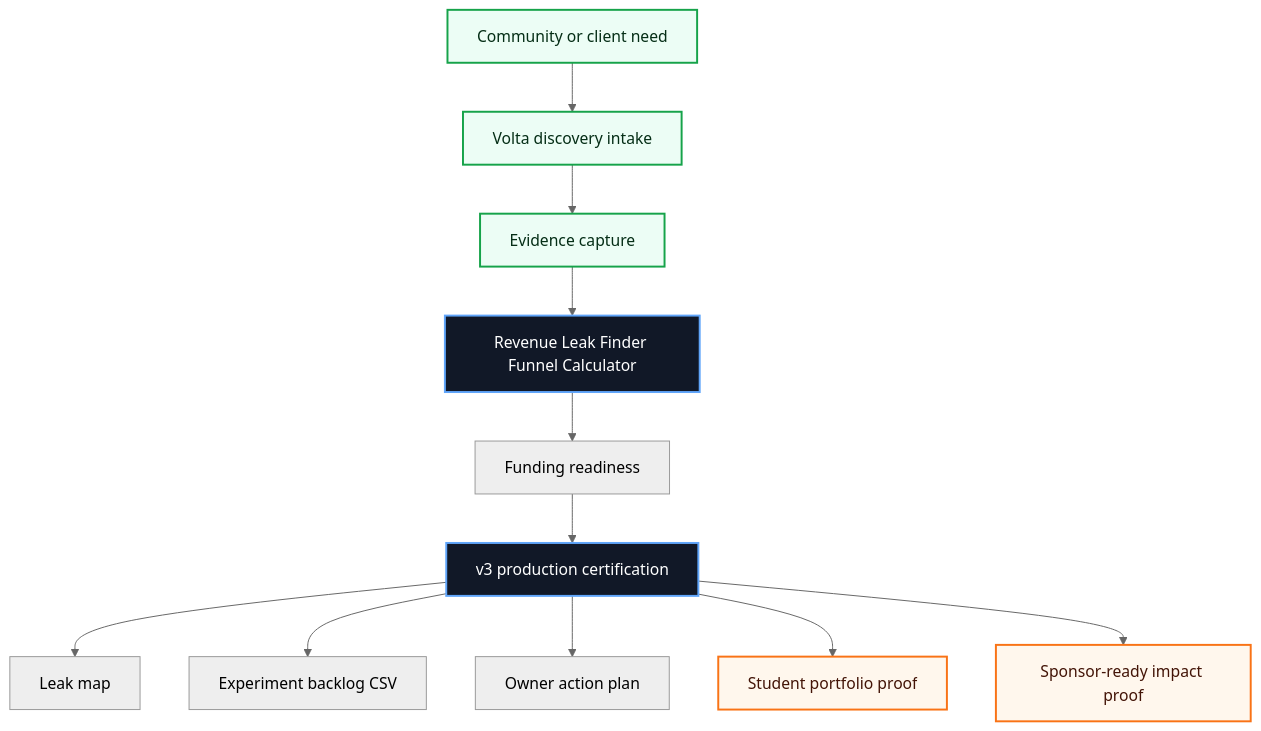
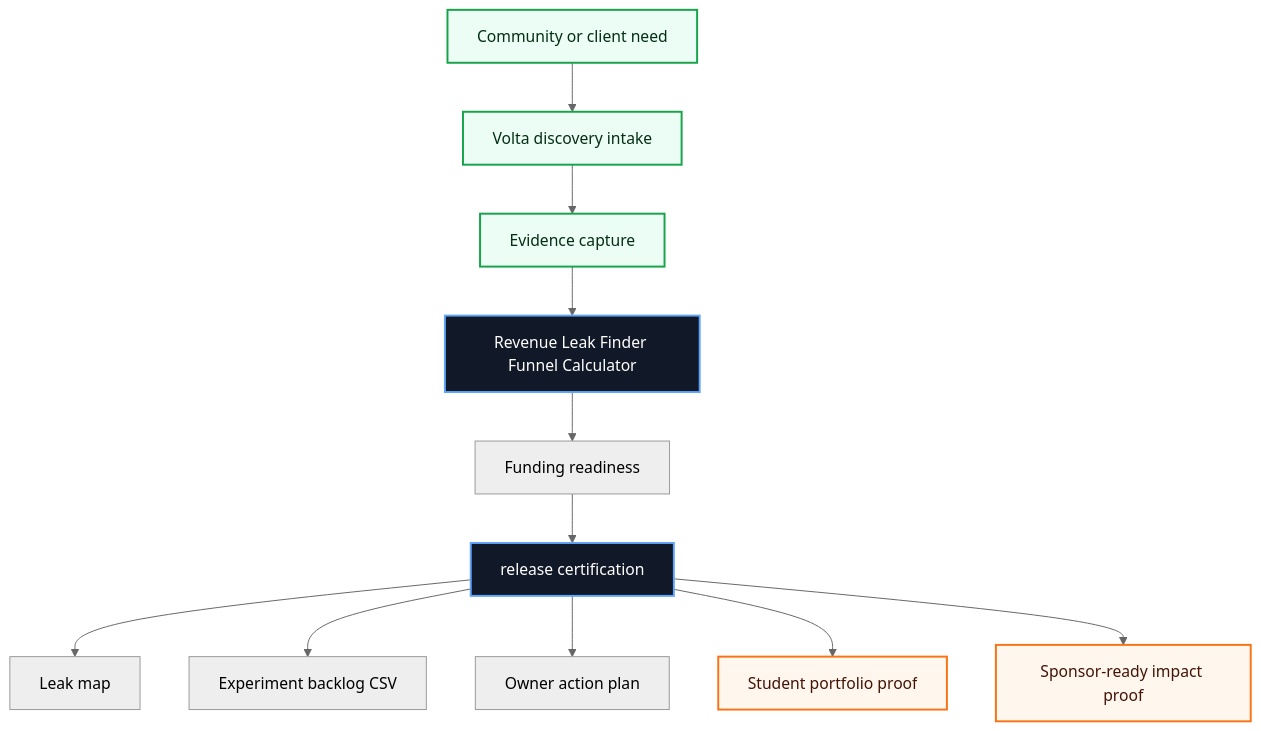
Before and after one commit to volta-npo/revenue-leak-finder: the first of 3 diagrams in README.md, drawn with Mermaid (neutral theme). The commit also changed other lines of this file and 28 other files, not shown here.

````diff
--- a/README.md
+++ b/README.md
@@ -43,20 +43,20 @@
 ```mermaid
 flowchart TD
     Need["Community or client need"] --> Intake["Volta discovery intake"]
     Intake --> Evidence["Evidence capture"]
     Evidence --> Workbench["Revenue Leak Finder Funnel Calculator"]
     Workbench --> Score["Funding readiness"]
-    Score --> Cert["v3 production certification"]
+    Score --> Cert["release certification"]
     Cert --> A1["Leak map"]
     Cert --> A2["Experiment backlog CSV"]
     Cert --> A3["Owner action plan"]
     Cert --> Student["Student portfolio proof"]
     Cert --> Sponsor["Sponsor-ready impact proof"]
 
     classDef volta fill:#111827,stroke:#60a5fa,color:#ffffff,stroke-width:2px;
     classDef equity fill:#ecfdf5,stroke:#16a34a,color:#052e16,stroke-width:2px;
     classDef proof fill:#fff7ed,stroke:#f97316,color:#431407,stroke-width:2px;
     class Workbench,Cert volta;
     class Need,Intake,Evidence equity;
     class Student,Sponsor proof;
 ```
````
